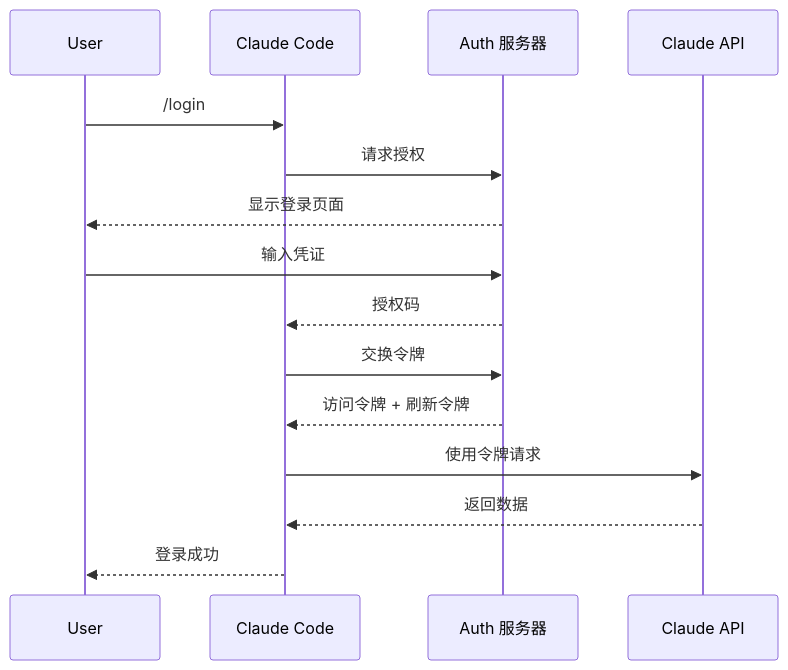
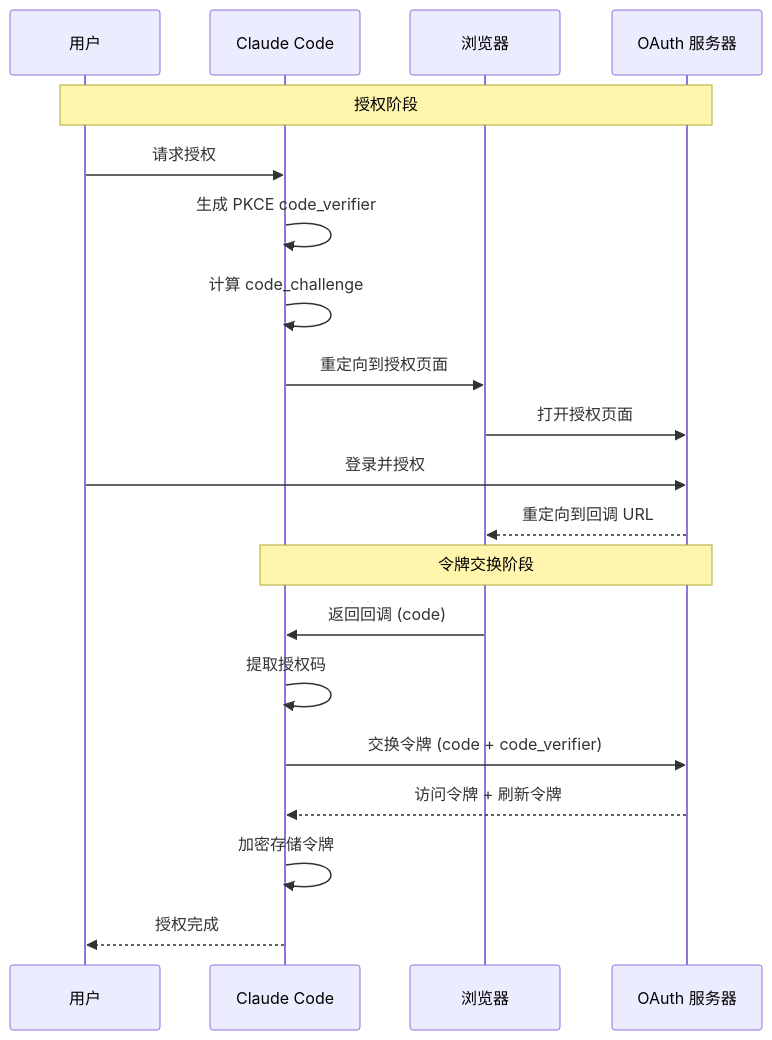
Before and after one commit to niuma996/claude-code-sourcemap-wiki: the third of 4 diagrams in .nium-wiki/wiki/services/oauth.md, drawn with Mermaid. The commit also changed other lines of this file and 41 other files, not shown here.

````diff
--- a/.nium-wiki/wiki/services/oauth.md
+++ b/.nium-wiki/wiki/services/oauth.md
@@ -41,18 +106,25 @@
 ```mermaid
 sequenceDiagram
-    participant User
-    participant CLI as Claude Code
-    participant Auth as Auth 服务器
-    participant API as Claude API
+    participant User as 用户
+    participant App as Claude Code
+    participant Browser as 浏览器
+    participant Server as OAuth 服务器
 
-    User->>CLI: /login
-    CLI->>Auth: 请求授权
-    Auth-->>User: 显示登录页面
-    User->>Auth: 输入凭证
-    Auth-->>CLI: 授权码
-    CLI->>Auth: 交换令牌
-    Auth-->>CLI: 访问令牌 + 刷新令牌
-    CLI->>API: 使用令牌请求
-    API-->>CLI: 返回数据
-    CLI-->>User: 登录成功
+    Note over User,Server: 授权阶段
+    User->>App: 请求授权
+    App->>App: 生成 PKCE code_verifier
+    App->>App: 计算 code_challenge
+    App->>Browser: 重定向到授权页面
+    Browser->>Server: 打开授权页面
+    User->>Server: 登录并授权
+    Server-->>Browser: 重定向到回调 URL
+
+    Note over App,Server: 令牌交换阶段
+    Browser->>App: 返回回调 (code)
+    App->>App: 提取授权码
+    App->>Server: 交换令牌 (code + code_verifier)
+    Server-->>App: 访问令牌 + 刷新令牌
+    App->>App: 加密存储令牌
+
+    App-->>User: 授权完成
 ```
````
